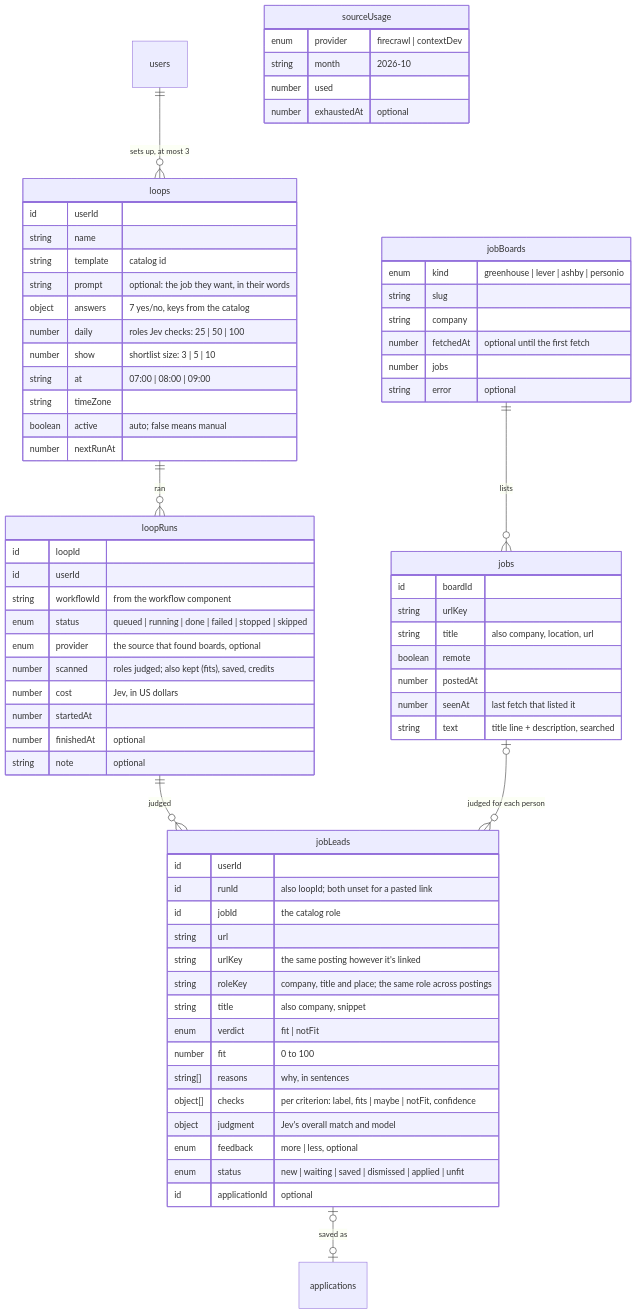
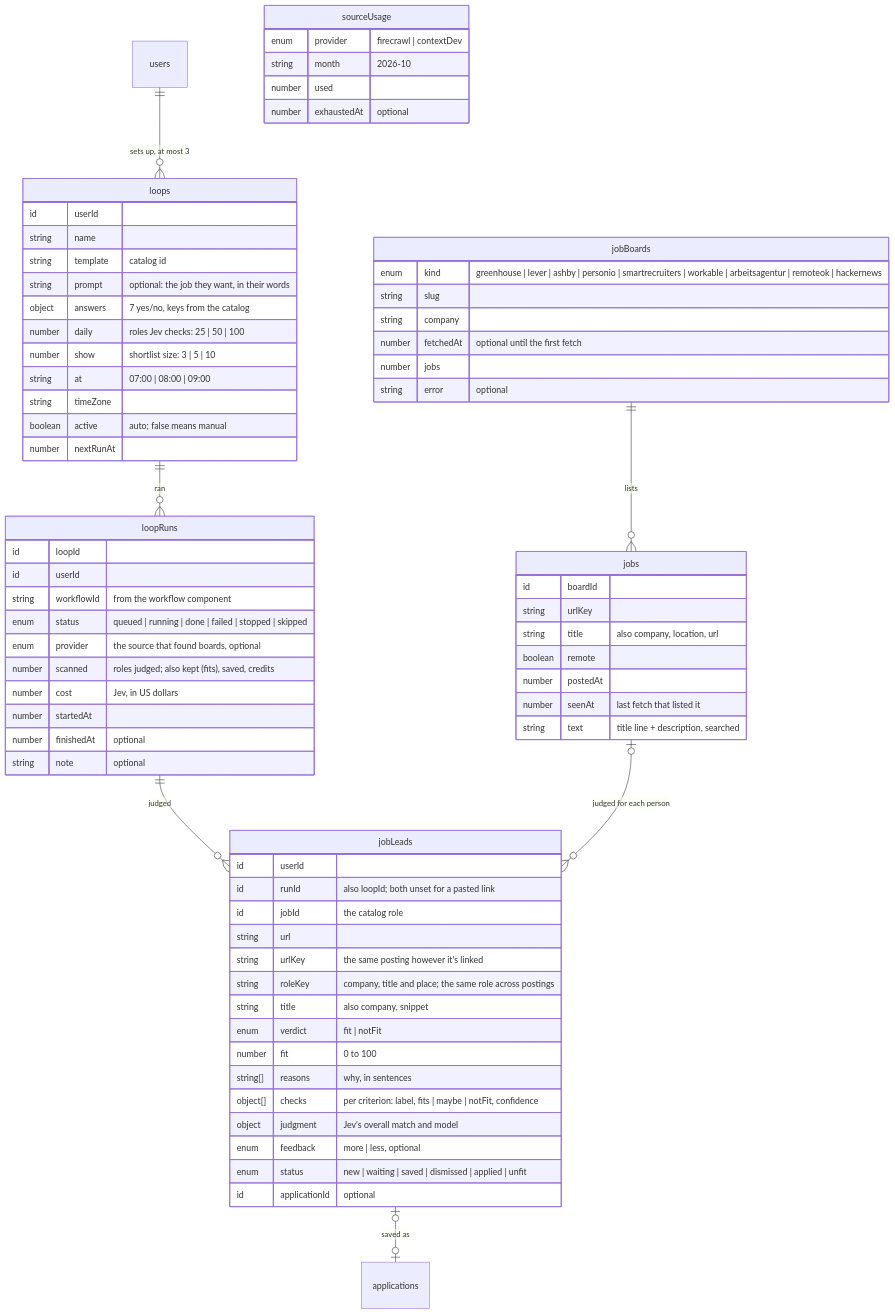
Before and after one commit to saranatour1/job-tracking-helper: the second of 3 diagrams in docs/database-design.md, drawn with Mermaid. The commit also changed other lines of this file and 27 other files, not shown here.

````diff
--- a/docs/database-design.md
+++ b/docs/database-design.md
@@ -264,75 +264,75 @@
 ```mermaid
 erDiagram
     users ||--o{ loops : "sets up, at most 3"
     loops ||--o{ loopRuns : "ran"
     loopRuns ||--o{ jobLeads : "judged"
     jobBoards ||--o{ jobs : "lists"
     jobs |o--o{ jobLeads : "judged for each person"
     jobLeads |o--o| applications : "saved as"
 
     loops {
         id userId
         string name
         string template "catalog id"
         string prompt "optional: the job they want, in their words"
         object answers "7 yes/no, keys from the catalog"
         number daily "roles Jev checks: 25 | 50 | 100"
         number show "shortlist size: 3 | 5 | 10"
         string at "07:00 | 08:00 | 09:00"
         string timeZone
         boolean active "auto; false means manual"
         number nextRunAt
     }
     loopRuns {
         id loopId
         id userId
         string workflowId "from the workflow component"
         enum status "queued | running | done | failed | stopped | skipped"
         enum provider "the source that found boards, optional"
         number scanned "roles judged; also kept (fits), saved, credits"
         number cost "Jev, in US dollars"
         number startedAt
         number finishedAt "optional"
         string note "optional"
     }
     jobLeads {
         id userId
         id runId "also loopId; both unset for a pasted link"
         id jobId "the catalog role"
         string url
         string urlKey "the same posting however it's linked"
         string roleKey "company, title and place; the same role across postings"
         string title "also company, snippet"
         enum verdict "fit | notFit"
         number fit "0 to 100"
         string[] reasons "why, in sentences"
         object[] checks "per criterion: label, fits | maybe | notFit, confidence"
         object judgment "Jev's overall match and model"
         enum feedback "more | less, optional"
         enum status "new | waiting | saved | dismissed | applied | unfit"
         id applicationId "optional"
     }
     jobs {
         id boardId
         string urlKey
         string title "also company, location, url"
         boolean remote
         number postedAt
         number seenAt "last fetch that listed it"
         string text "title line + description, searched"
     }
     jobBoards {
-        enum kind "greenhouse | lever | ashby | personio"
+        enum kind "greenhouse | lever | ashby | personio | smartrecruiters | workable | arbeitsagentur | remoteok | hackernews"
         string slug
         string company
         number fetchedAt "optional until the first fetch"
         number jobs
         string error "optional"
     }
     sourceUsage {
         enum provider "firecrawl | contextDev"
         string month "2026-10"
         number used
         number exhaustedAt "optional"
     }
 ```
````
